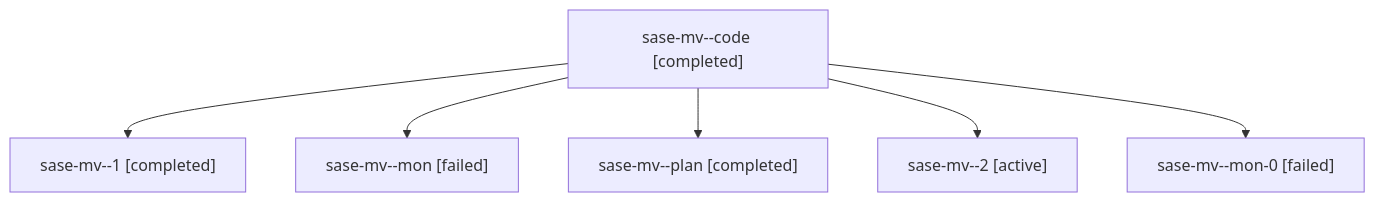
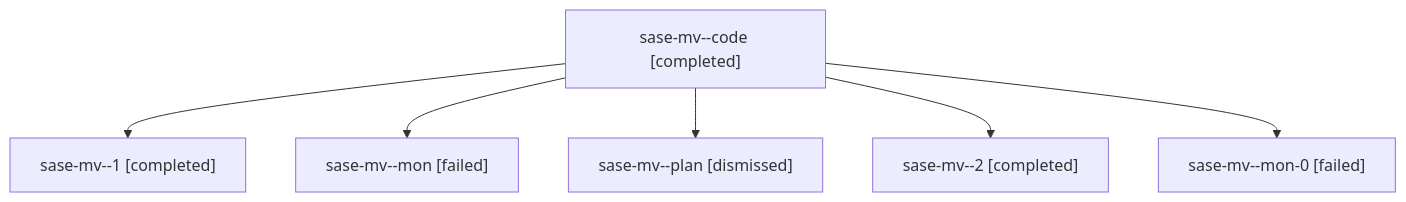
Before and after one commit to sase-org/sase--agents: the diagram in families/bbugyi200.athena.sase-mv.md, drawn with Mermaid. The commit also changed other lines of this file and 162 other files, not shown here.

````diff
--- a/families/bbugyi200.athena.sase-mv.md
+++ b/families/bbugyi200.athena.sase-mv.md
@@ -9,14 +9,14 @@
 ```mermaid
 flowchart TD
   n0["sase-mv--code [completed]"]
   n1["sase-mv--1 [completed]"]
   n0 --> n1
   n2["sase-mv--mon [failed]"]
   n0 --> n2
-  n3["sase-mv--plan [completed]"]
+  n3["sase-mv--plan [dismissed]"]
   n0 --> n3
-  n4["sase-mv--2 [active]"]
+  n4["sase-mv--2 [completed]"]
   n0 --> n4
   n5["sase-mv--mon-0 [failed]"]
   n0 --> n5
 ```
````
